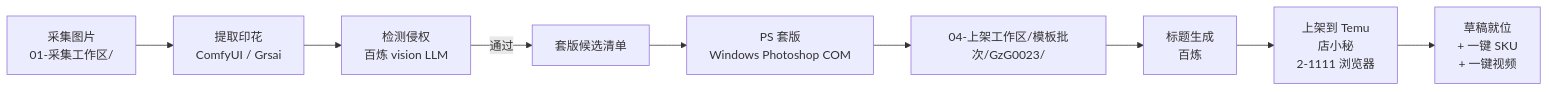
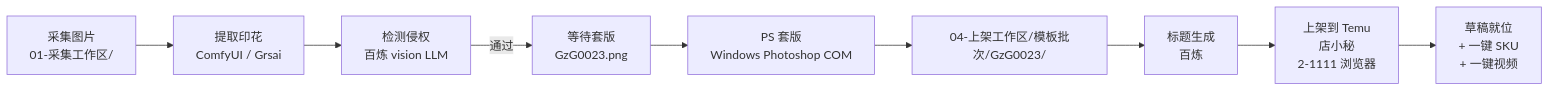
Before and after one commit to axgiroud312-byte/tengyu-aipod: the third of 4 diagrams in docs/PROJECT_TOUR.md, drawn with Mermaid. The commit also changed other lines of this file and 22 other files, not shown here.

````diff
--- a/docs/PROJECT_TOUR.md
+++ b/docs/PROJECT_TOUR.md
@@ -246,11 +249,11 @@
 ```mermaid
 flowchart LR
     A[采集图片<br/>01-采集工作区/] --> B[提取印花<br/>ComfyUI / Grsai]
     B --> C[检测侵权<br/>百炼 vision LLM]
-    C -->|通过| D[套版候选清单]
+    C -->|通过| D[等待套版<br/>GzG0023.png]
     D --> E[PS 套版<br/>Windows Photoshop COM]
     E --> F[04-上架工作区/模板批次/GzG0023/]
     F --> G[标题生成<br/>百炼]
     G --> H[上架到 Temu<br/>店小秘<br/>2-1111 浏览器]
     H --> I[草稿就位<br/>+ 一键 SKU<br/>+ 一键视频]
 ```
````
